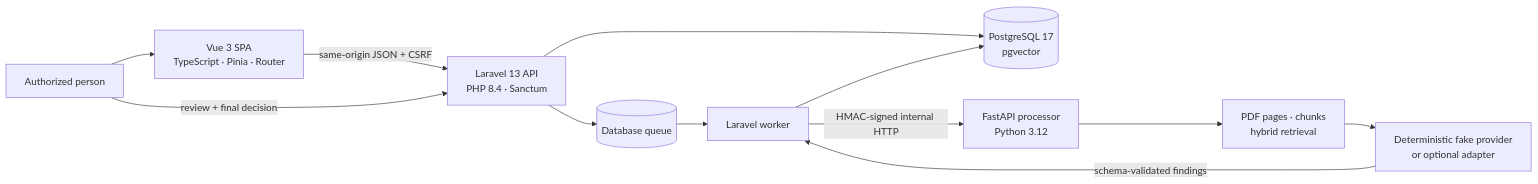
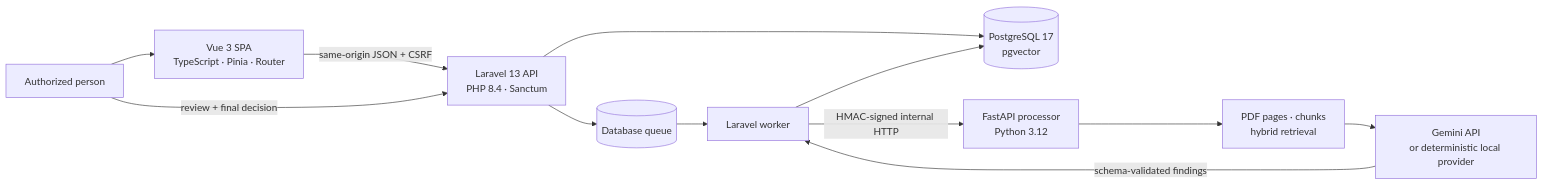
One commit to Hugueninfer/complyflow-ai changed the first of 2 diagrams in README.md. Above: the diagram before and after it, drawn with Mermaid. The commit also changed other lines of this file and 10 other files, not shown here.

Commit message:
feat: integrate Gemini provider for Render

````diff
--- a/README.md
+++ b/README.md
@@ -133,14 +133,14 @@
 ```mermaid
 flowchart LR
     Human[Authorized person] --> Vue[Vue 3 SPA<br/>TypeScript · Pinia · Router]
     Vue -->|same-origin JSON + CSRF| Laravel[Laravel 13 API<br/>PHP 8.4 · Sanctum]
     Laravel --> PostgreSQL[(PostgreSQL 17<br/>pgvector)]
     Laravel --> Queue[(Database queue)]
     Queue --> Worker[Laravel worker]
     Worker -->|HMAC-signed internal HTTP| FastAPI[FastAPI processor<br/>Python 3.12]
     FastAPI --> Pipeline[PDF pages · chunks<br/>hybrid retrieval]
-    Pipeline --> Provider[Deterministic fake provider<br/>or optional adapter]
+    Pipeline --> Provider[Gemini API<br/>or deterministic local provider]
     Provider -->|schema-validated findings| Worker
     Worker --> PostgreSQL
     Human -->|review + final decision| Laravel
 ```
````
